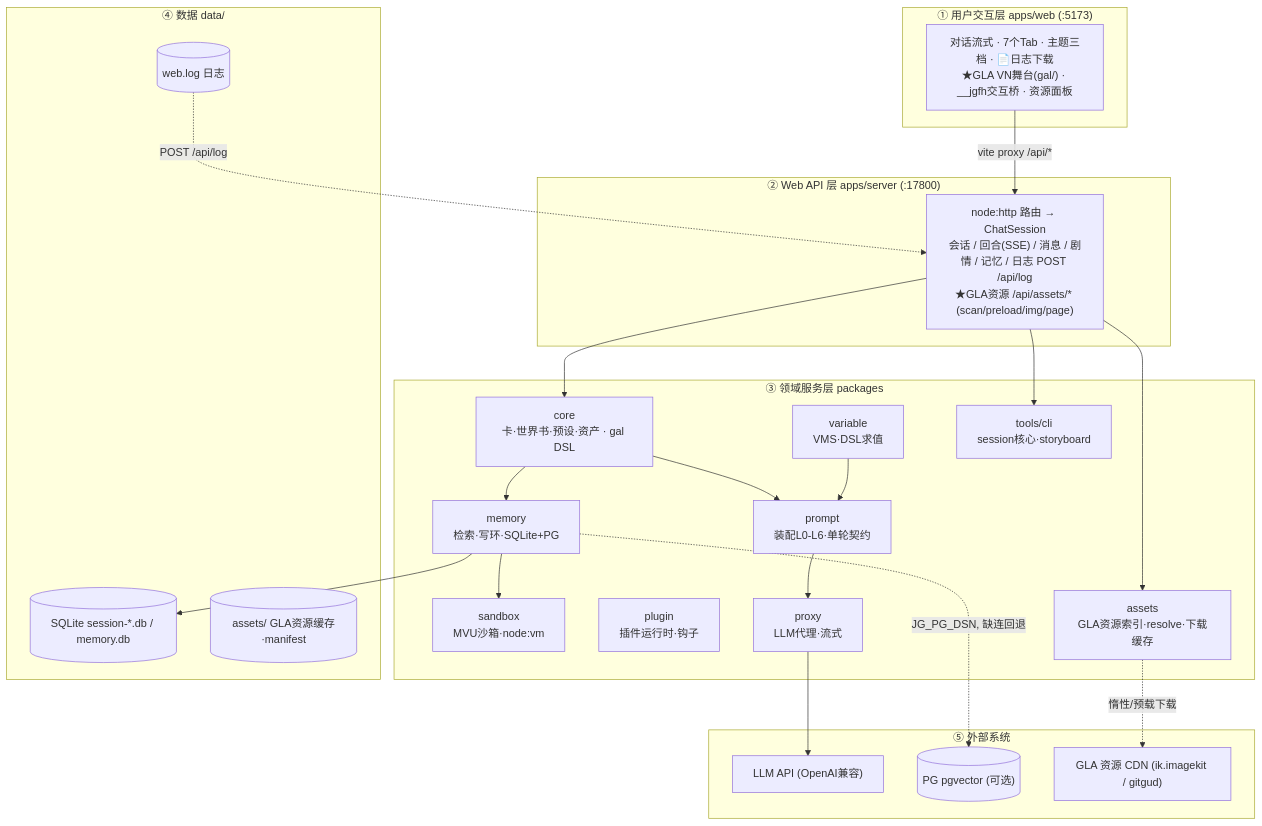
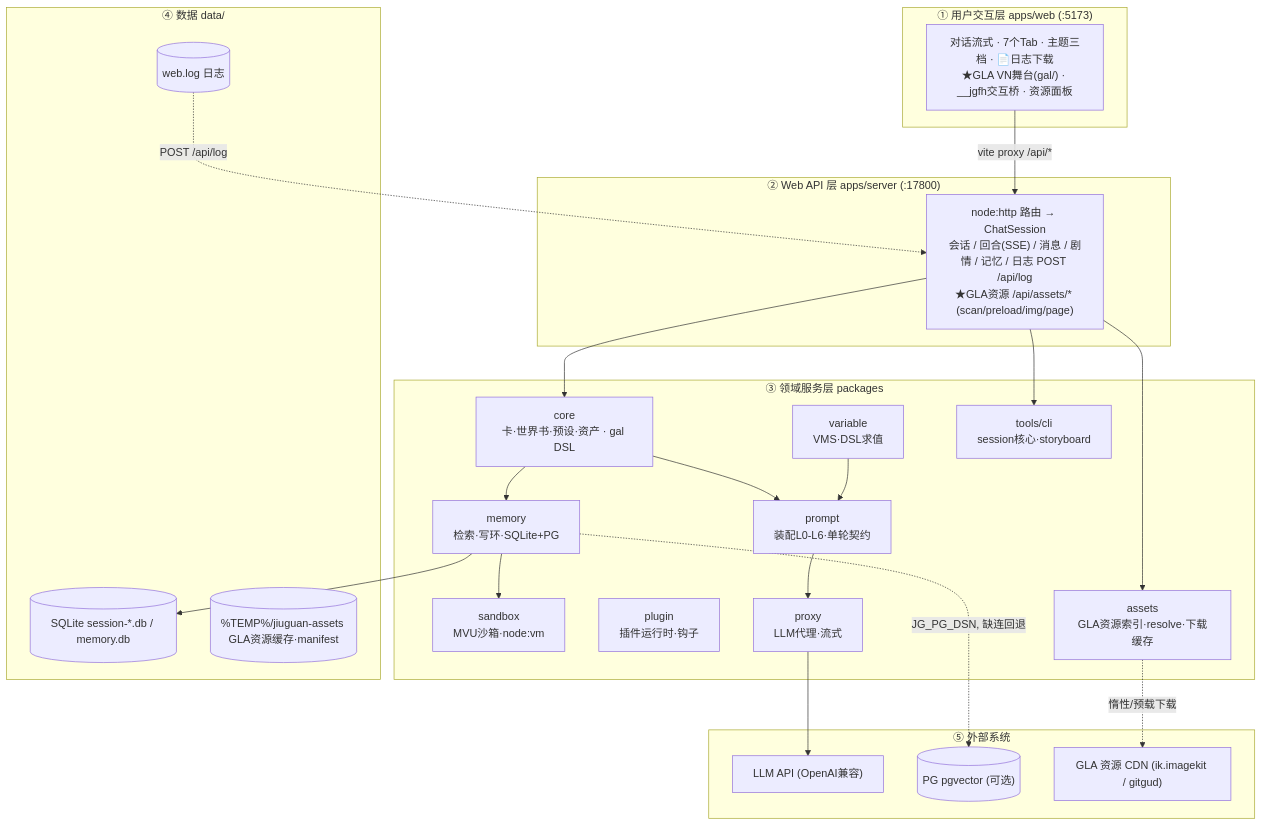
The diagram in 项目架构.md (conversition/jiuguan), drawn with Mermaid before and after one commit. The commit also changed other lines of this file, not shown here.

Commit message:
docs(架构): 同步 GLA 资源缓存全局目录 %TEMP%/jiuguan-assets（data/assets 外移）

````diff
--- a/项目架构.md
+++ b/项目架构.md
@@ -134,40 +135,40 @@
 ```mermaid
 flowchart TB
     subgraph UI["① 用户交互层 apps/web (:5173)"]
         W["对话流式 · 7个Tab · 主题三档 · 📄日志下载<br/>★GLA VN舞台(gal/) · __jgfh交互桥 · 资源面板"]
     end
     subgraph API["② Web API 层 apps/server (:17800)"]
         S["node:http 路由 → ChatSession<br/>会话 / 回合(SSE) / 消息 / 剧情 / 记忆 / 日志 POST /api/log<br/>★GLA资源 /api/assets/* (scan/preload/img/page)"]
     end
     subgraph DOMAIN["③ 领域服务层 packages"]
         C["core<br/>卡·世界书·预设·资产 · gal DSL"] --> M["memory<br/>检索·写环·SQLite+PG"]
         C --> P["prompt<br/>装配L0-L6·单轮契约"]
         V["variable<br/>VMS·DSL求值"] --> P
         SAND["sandbox<br/>MVU沙箱·node:vm"]
         PLUG["plugin<br/>插件运行时·钩子"]
         PROXY["proxy<br/>LLM代理·流式"]
         CLI["tools/cli<br/>session核心·storyboard"]
         A["assets<br/>GLA资源索引·resolve·下载缓存"]
         P --> PROXY
         M --> SAND
     end
     subgraph DATA["④ 数据 data/"]
         DB[("SQLite session-*.db / memory.db")]
         LOG[("web.log 日志")]
-        DAT[("assets/ GLA资源缓存·manifest")]
+        DAT[("%TEMP%/jiuguan-assets GLA资源缓存·manifest")]
     end
     subgraph EXT["⑤ 外部系统"]
         LLM["LLM API (OpenAI兼容)"]
         PGDB[("PG pgvector (可选)")]
         CDN["GLA 资源 CDN (ik.imagekit / gitgud)"]
     end
     W -- "vite proxy /api/*" --> S
     S --> C
     S --> CLI
     S --> A
     M --> DB
     LOG -. "POST /api/log" .-> S
     PROXY --> LLM
     M -. "JG_PG_DSN, 缺连回退" .-> PGDB
     A -. "惰性/预载下载" .-> CDN
 ```
````
